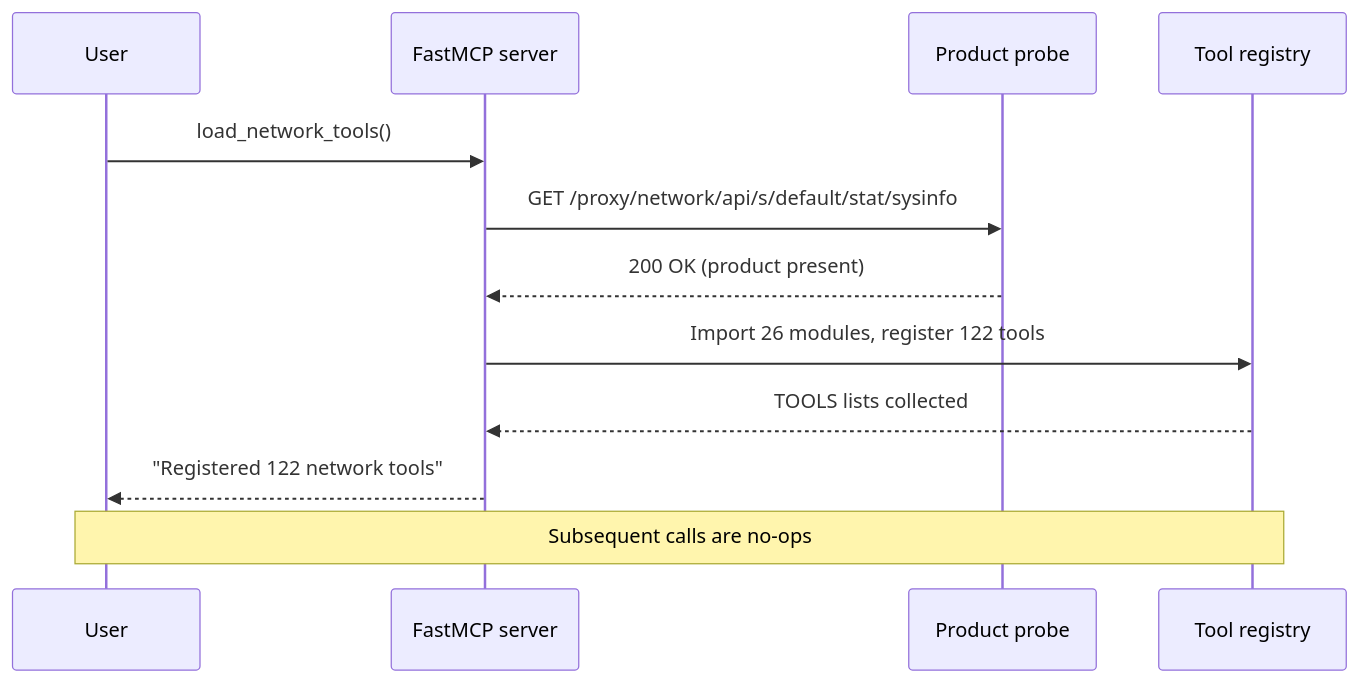
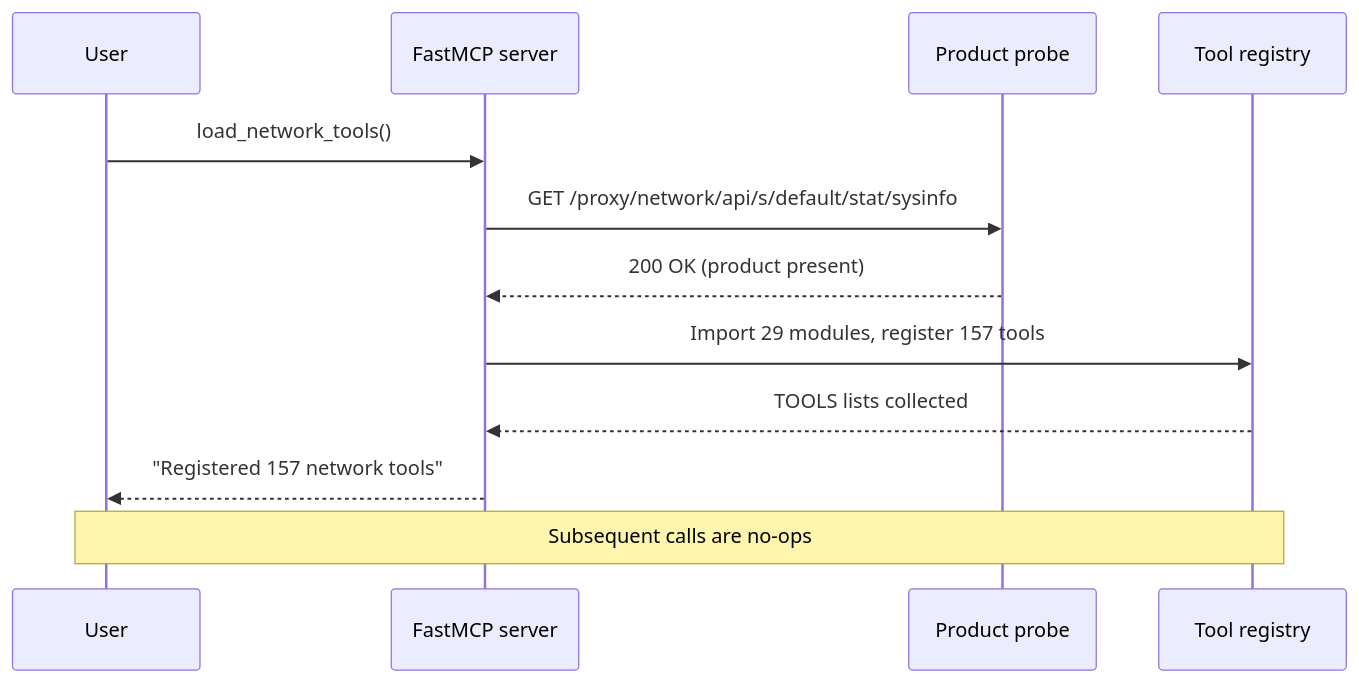
The second of 3 diagrams in README.md (chris2ao/unifi-mcp), drawn with Mermaid before and after one commit. The commit also changed other lines of this file and 83 other files, not shown here.

````diff
--- a/README.md
+++ b/README.md
@@ -301,14 +322,14 @@
 ```mermaid
 sequenceDiagram
     participant User
     participant MCP as FastMCP server
     participant Probe as Product probe
     participant Tools as Tool registry
     User->>MCP: load_network_tools()
     MCP->>Probe: GET /proxy/network/api/s/default/stat/sysinfo
     Probe-->>MCP: 200 OK (product present)
-    MCP->>Tools: Import 26 modules, register 122 tools
+    MCP->>Tools: Import 29 modules, register 157 tools
     Tools-->>MCP: TOOLS lists collected
-    MCP-->>User: "Registered 122 network tools"
+    MCP-->>User: "Registered 157 network tools"
     Note over User,Tools: Subsequent calls are no-ops
 ```
````
